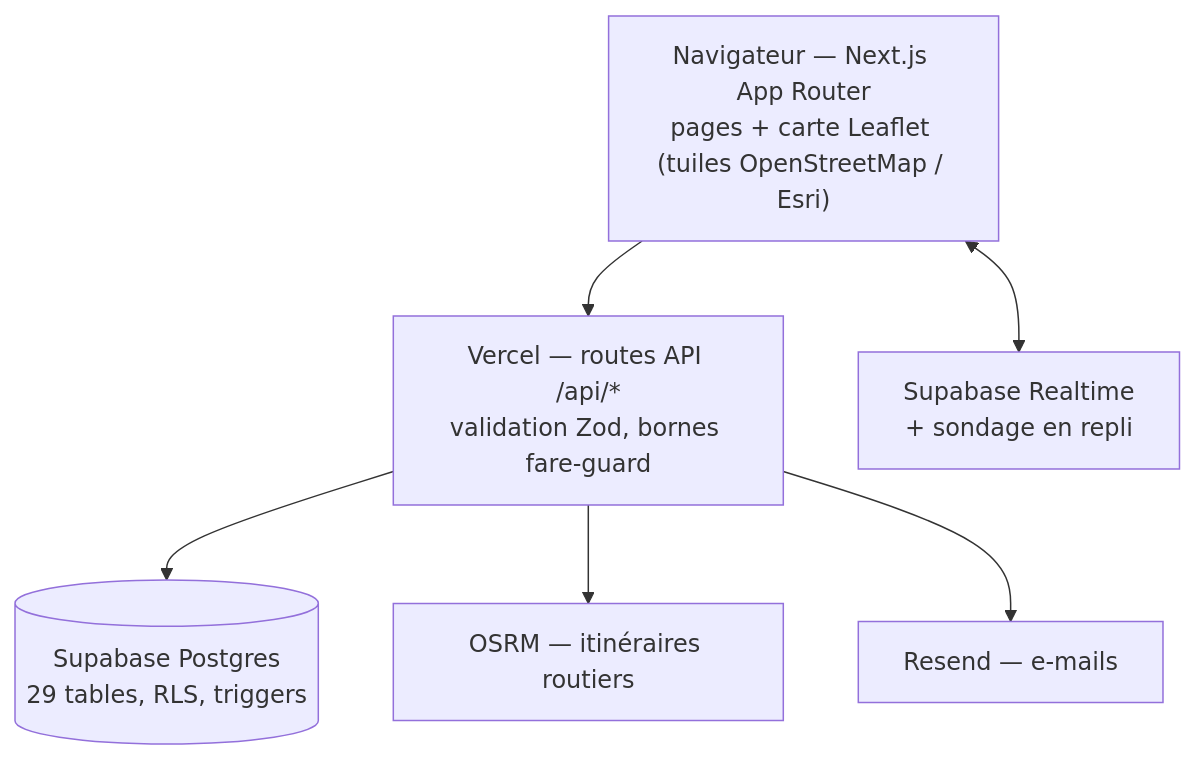
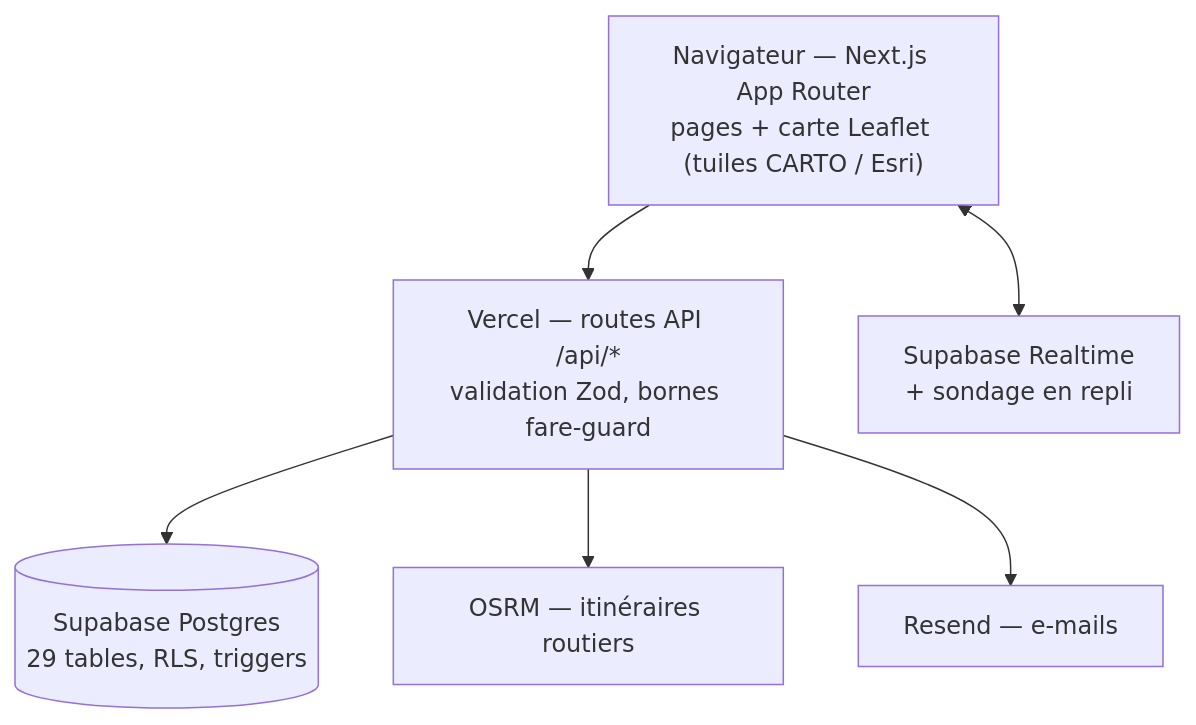
Before and after one commit to BVDMANN/Stacks-Drive: the first of 2 diagrams in README.md, drawn with Mermaid. The commit also changed other lines of this file and 74 other files, not shown here.

````diff
--- a/README.md
+++ b/README.md
@@ -57,13 +57,13 @@
 ```mermaid
 flowchart TB
-    UI["Navigateur — Next.js App Router<br/>pages + carte Leaflet (tuiles OpenStreetMap / Esri)"]
+    UI["Navigateur — Next.js App Router<br/>pages + carte Leaflet (tuiles CARTO / Esri)"]
     API["Vercel — routes API /api/*<br/>validation Zod, bornes fare-guard"]
     PG[("Supabase Postgres<br/>29 tables, RLS, triggers")]
     RT["Supabase Realtime<br/>+ sondage en repli"]
     OSRM["OSRM — itinéraires routiers"]
     RESEND["Resend — e-mails"]
     UI --> API --> PG
     UI <--> RT
     API --> OSRM
     API --> RESEND
 ```
````
